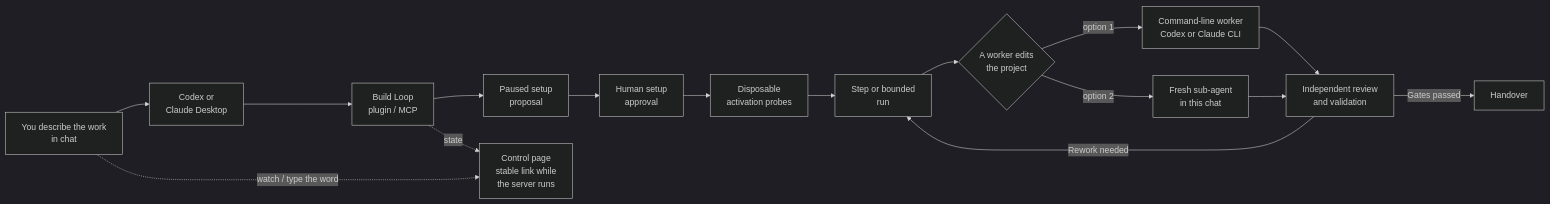
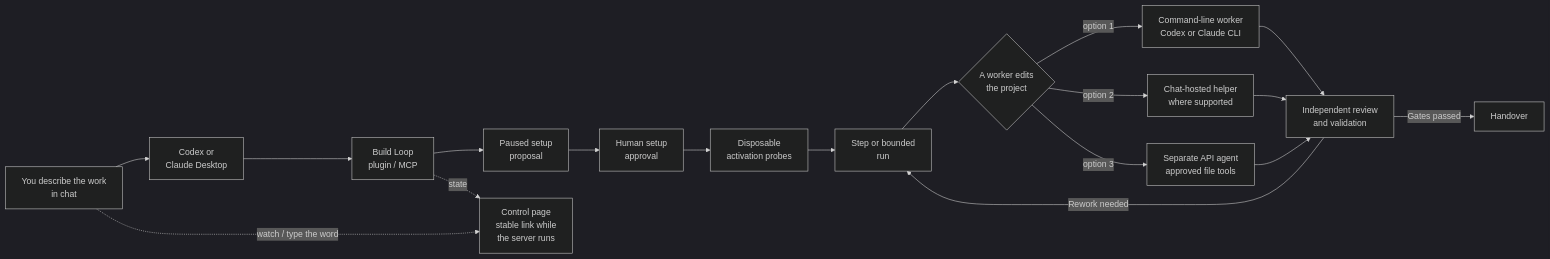
The first of 2 diagrams in README.md (RezaGolriz/autonomous-build-loop-universal-template), drawn with Mermaid (dark theme) before and after one commit. The commit also changed other lines of this file and 61 other files, not shown here.

````diff
--- a/README.md
+++ b/README.md
@@ -115,18 +133,20 @@
 ```mermaid
 flowchart LR
     U[You describe the work<br/>in chat] --> H[Codex or<br/>Claude Desktop]
     H --> M[Build Loop<br/>plugin / MCP]
     M --> P[Paused setup<br/>proposal]
     P --> A[Human setup<br/>approval]
     A --> V[Disposable<br/>activation probes]
     V --> R[Step or bounded<br/>run]
     R --> W{A worker edits<br/>the project}
     W -->|option 1| W1[Command-line worker<br/>Codex or Claude CLI]
-    W -->|option 2| W2[Fresh sub-agent<br/>in this chat]
+    W -->|option 2| W2[Chat-hosted helper<br/>where supported]
+    W -->|option 3| W3[Separate API agent<br/>approved file tools]
     W1 --> Q[Independent review<br/>and validation]
     W2 --> Q
+    W3 --> Q
     Q -->|Rework needed| R
     Q -->|Gates passed| O[Handover]
     M -. state .-> D[Control page<br/>stable link while<br/>the server runs]
     U -. watch / type the word .-> D
 ```
````
